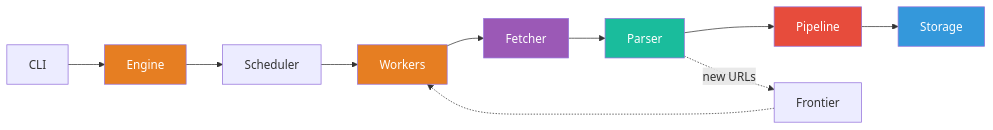
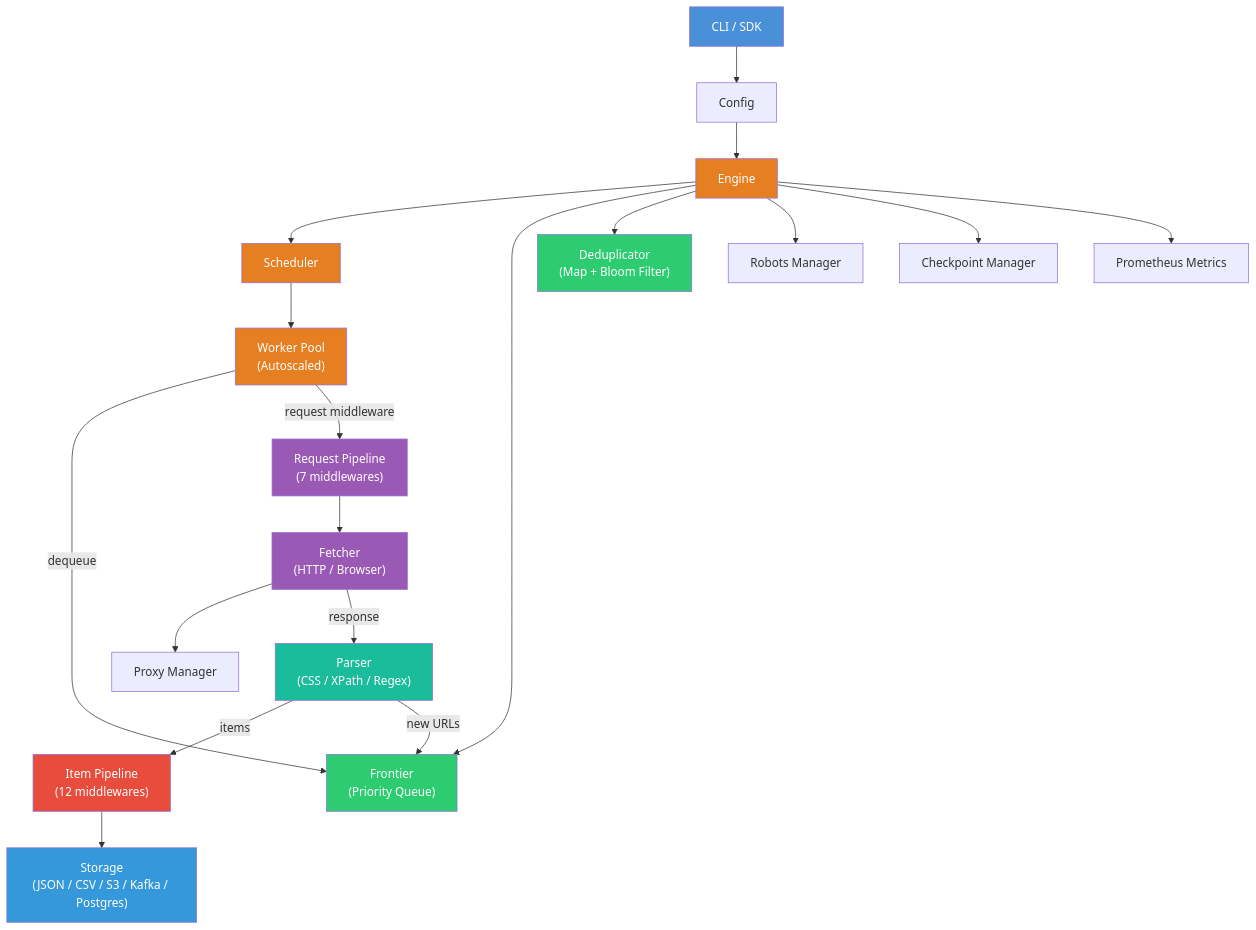
The diagram in README.md (IshaanNene/ScrapeGoat), drawn with Mermaid before and after one commit. The commit also changed other lines of this file and 21 other files, not shown here.

````diff
--- a/README.md
+++ b/README.md
@@ -38,19 +67,32 @@
 ```mermaid
-graph LR
-    CLI-->Engine
-    Engine-->Scheduler
-    Scheduler-->Workers
-    Workers-->Fetcher
-    Fetcher-->Parser
-    Parser-->Pipeline
-    Pipeline-->Storage
-    Parser-.->|"new URLs"|Frontier
-    Frontier-.->Workers
+graph TD
+    CLI["CLI / SDK"] --> CFG["Config"]
+    CFG --> ENG["Engine"]
+    ENG --> SCH["Scheduler"]
+    ENG --> FRT["Frontier<br>(Priority Queue)"]
+    ENG --> DDP["Deduplicator<br>(Map + Bloom Filter)"]
+    ENG --> RBT["Robots Manager"]
+    ENG --> CHK["Checkpoint Manager"]
+    ENG --> MET["Prometheus Metrics"]
+    SCH --> WRK["Worker Pool<br>(Autoscaled)"]
+    WRK -->|"dequeue"| FRT
+    WRK -->|"request middleware"| MID["Request Pipeline<br>(7 middlewares)"]
+    MID --> FET["Fetcher<br>(HTTP / Browser)"]
+    FET --> PXY["Proxy Manager"]
+    FET -->|"response"| PAR["Parser<br>(CSS / XPath / Regex)"]
+    PAR -->|"items"| PIP["Item Pipeline<br>(12 middlewares)"]
+    PAR -->|"new URLs"| FRT
+    PIP --> STR["Storage<br>(JSON / CSV / S3 / Kafka / Postgres)"]
 
-    style Engine fill:#E67E22,color:#fff
-    style Workers fill:#E67E22,color:#fff
-    style Fetcher fill:#9B59B6,color:#fff
-    style Parser fill:#1ABC9C,color:#fff
-    style Pipeline fill:#E74C3C,color:#fff
-    style Storage fill:#3498DB,color:#fff
+    style CLI fill:#4A90D9,color:#fff
+    style ENG fill:#E67E22,color:#fff
+    style SCH fill:#E67E22,color:#fff
+    style WRK fill:#E67E22,color:#fff
+    style FRT fill:#2ECC71,color:#fff
+    style DDP fill:#2ECC71,color:#fff
+    style MID fill:#9B59B6,color:#fff
+    style FET fill:#9B59B6,color:#fff
+    style PAR fill:#1ABC9C,color:#fff
+    style PIP fill:#E74C3C,color:#fff
+    style STR fill:#3498DB,color:#fff
 ```
````
